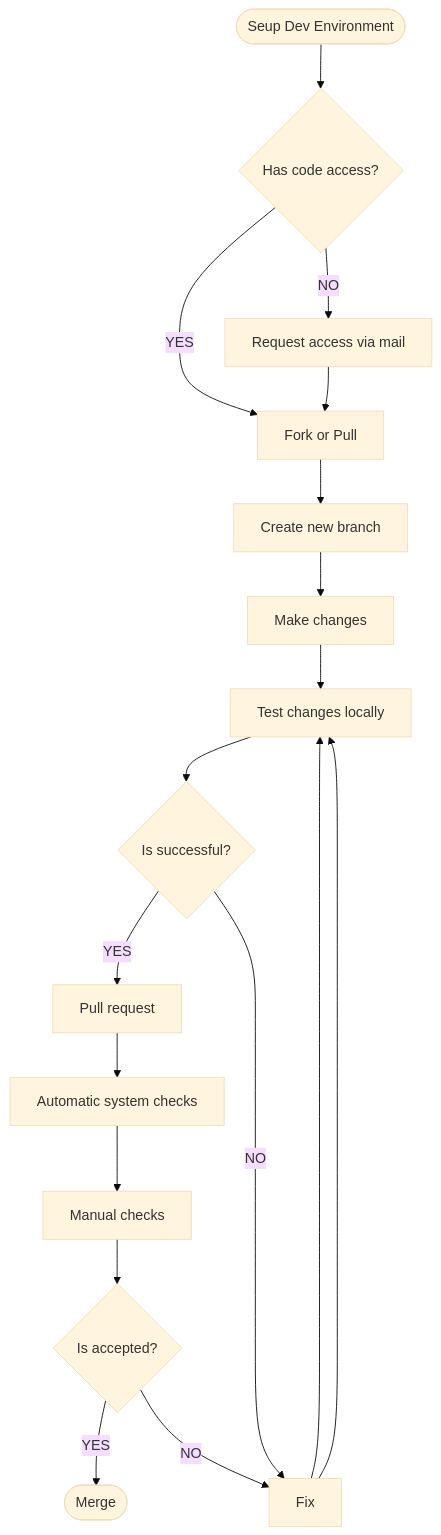
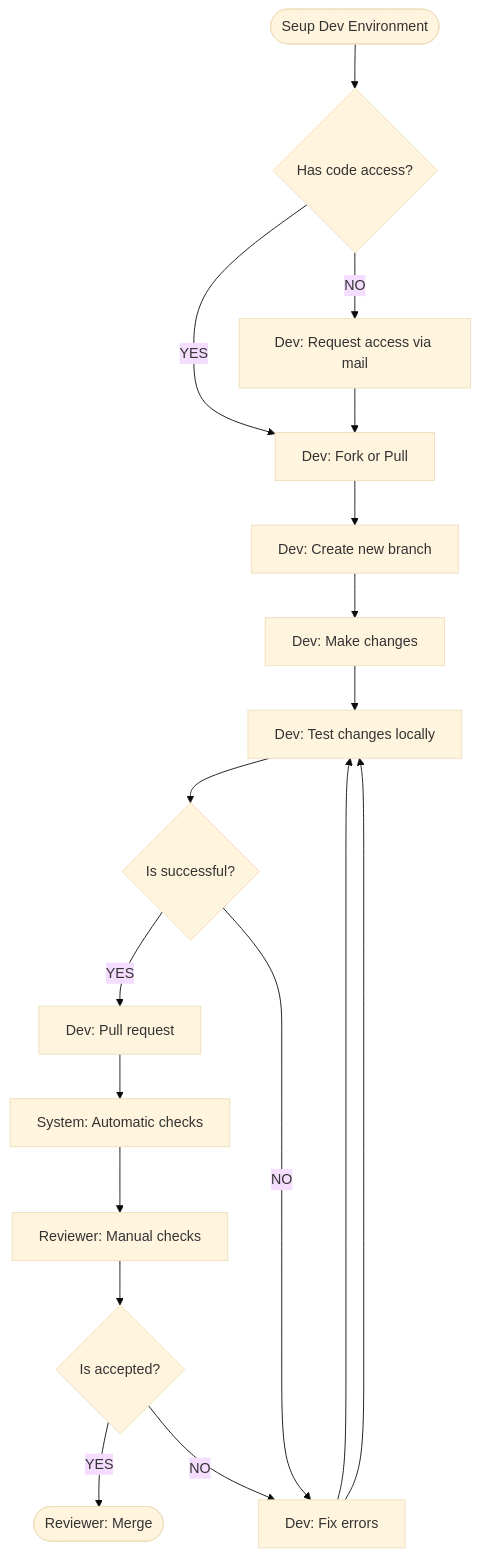
Before and after one commit to Karaka-Management/Organization-Guide: the diagram in Processes/01_Development_Flowchart.md, drawn with Mermaid (base theme).

````diff
--- a/Processes/01_Development_Flowchart.md
+++ b/Processes/01_Development_Flowchart.md
@@ -3,20 +3,20 @@
 ```mermaid
 graph TD;
     SETUP_DEV_ENV([Seup Dev Environment])-->HAS_ACCESS{Has code access?};
-    HAS_ACCESS-- YES -->FORK[Fork or Pull];
-    HAS_ACCESS-- NO -->REQUEST_ACCESS[Request access via mail];
-    FORK-->NEW_BRANCH[Create new branch];
+    HAS_ACCESS-- YES -->FORK[Dev: Fork or Pull];
+    HAS_ACCESS-- NO -->REQUEST_ACCESS[Dev: Request access via mail];
+    FORK-->NEW_BRANCH[Dev: Create new branch];
     REQUEST_ACCESS-->FORK;
-    NEW_BRANCH-->CHANGE[Make changes];
-    CHANGE-->TEST_CHANGE[Test changes locally];
+    NEW_BRANCH-->CHANGE[Dev: Make changes];
+    CHANGE-->TEST_CHANGE[Dev: Test changes locally];
     TEST_CHANGE-->IS_SUCCESSFUL{Is successful?};
-    IS_SUCCESSFUL-- YES -->PULL_REQUEST[Pull request];
-    IS_SUCCESSFUL-- NO -->FIX[Fix];
+    IS_SUCCESSFUL-- YES -->PULL_REQUEST[Dev: Pull request];
+    IS_SUCCESSFUL-- NO -->FIX[Dev: Fix errors];
     FIX-->TEST_CHANGE;
-    PULL_REQUEST-->AUTOMATIC_CHECKS[Automatic system checks]
-    AUTOMATIC_CHECKS-->MANUAL_CHECKS[Manual checks]
+    PULL_REQUEST-->AUTOMATIC_CHECKS[System: Automatic checks]
+    AUTOMATIC_CHECKS-->MANUAL_CHECKS[Reviewer: Manual checks]
     MANUAL_CHECKS-->IS_ACCEPTED{Is accepted?};
-    IS_ACCEPTED-- YES -->MERGE([Merge]);
+    IS_ACCEPTED-- YES -->MERGE([Reviewer: Merge]);
     IS_ACCEPTED-- NO -->FIX;
     FIX-->TEST_CHANGE;
 ```
````
